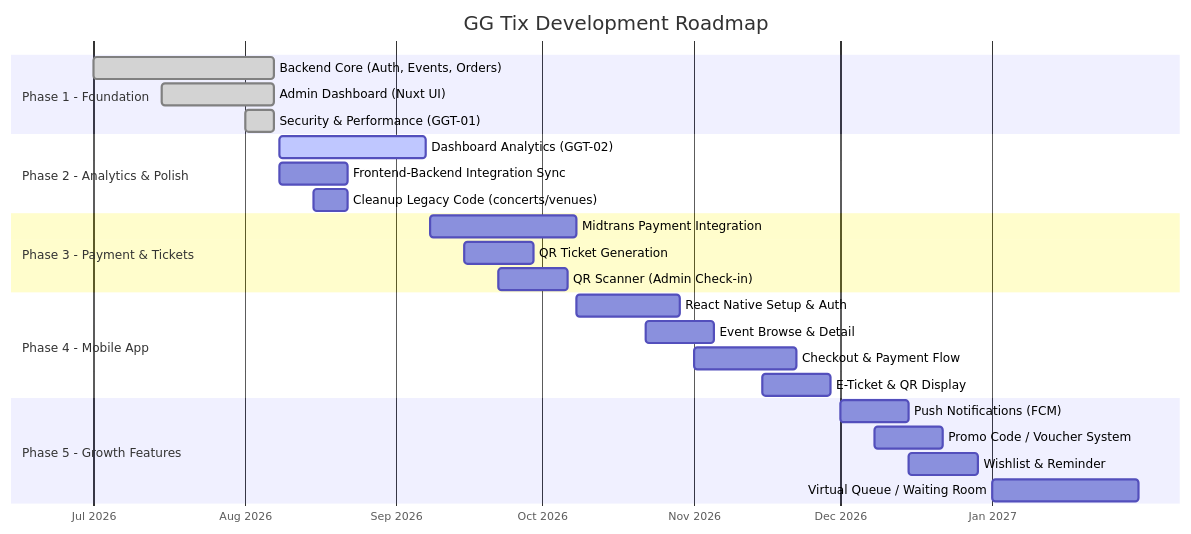
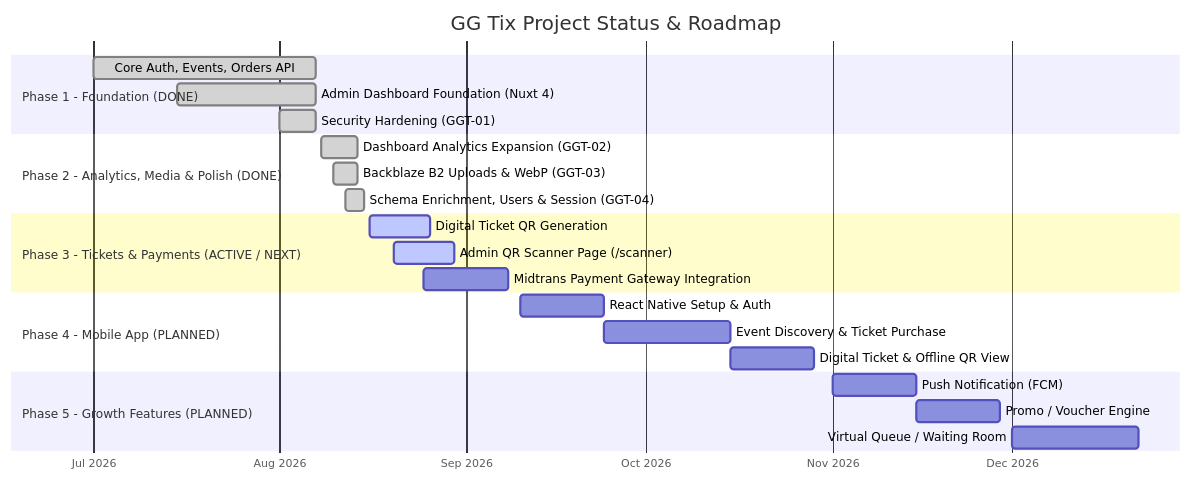
One commit to Artdi222/GG-Tix changed the seventh of 7 diagrams in prd/GG Tix - Dokumen Konsep Lengkap.md. Above: the diagram before and after it, drawn with Mermaid. The commit also changed other lines of this file and 12 other files, not shown here.

````diff
--- a/prd/GG Tix - Dokumen Konsep Lengkap.md
+++ b/prd/GG Tix - Dokumen Konsep Lengkap.md
@@ -740,33 +601,31 @@
 ```mermaid
 gantt
-    title GG Tix Development Roadmap
+    title GG Tix Project Status & Roadmap
     dateFormat  YYYY-MM-DD
     axisFormat  %b %Y
 
-    section Phase 1 - Foundation
-    Backend Core (Auth, Events, Orders)       :done, p1a, 2026-07-01, 2026-08-07
-    Admin Dashboard (Nuxt UI)                 :done, p1b, 2026-07-15, 2026-08-07
-    Security & Performance (GGT-01)           :done, p1c, 2026-08-01, 2026-08-07
+    section Phase 1 - Foundation (DONE)
+    Core Auth, Events, Orders API             :done, p1a, 2026-07-01, 2026-08-07
+    Admin Dashboard Foundation (Nuxt 4)       :done, p1b, 2026-07-15, 2026-08-07
+    Security Hardening (GGT-01)               :done, p1c, 2026-08-01, 2026-08-07
 
-    section Phase 2 - Analytics & Polish
-    Dashboard Analytics (GGT-02)              :active, p2a, 2026-08-08, 30d
-    Frontend-Backend Integration Sync         :p2b, 2026-08-08, 14d
-    Cleanup Legacy Code (concerts/venues)     :p2c, 2026-08-15, 7d
+    section Phase 2 - Analytics, Media & Polish (DONE)
+    Dashboard Analytics Expansion (GGT-02)    :done, p2a, 2026-08-08, 2026-08-14
+    Backblaze B2 Uploads & WebP (GGT-03)      :done, p2b, 2026-08-10, 2026-08-14
+    Schema Enrichment, Users & Session (GGT-04):done, p2c, 2026-08-12, 2026-08-15
 
-    section Phase 3 - Payment & Tickets
-    Midtrans Payment Integration              :p3a, 2026-09-08, 30d
-    QR Ticket Generation                      :p3b, 2026-09-15, 14d
-    QR Scanner (Admin Check-in)               :p3c, 2026-09-22, 14d
+    section Phase 3 - Tickets & Payments (ACTIVE / NEXT)
+    Digital Ticket QR Generation              :active, p3a, 2026-08-16, 10d
+    Admin QR Scanner Page (/scanner)          :active, p3b, 2026-08-20, 10d
+    Midtrans Payment Gateway Integration      :p3c, 2026-08-25, 14d
 
-    section Phase 4 - Mobile App
-    React Native Setup & Auth                 :p4a, 2026-10-08, 21d
-    Event Browse & Detail                     :p4b, 2026-10-22, 14d
-    Checkout & Payment Flow                   :p4c, 2026-11-01, 21d
-    E-Ticket & QR Display                     :p4d, 2026-11-15, 14d
+    section Phase 4 - Mobile App (PLANNED)
+    React Native Setup & Auth                 :p4a, 2026-09-10, 14d
+    Event Discovery & Ticket Purchase         :p4b, 2026-09-24, 21d
+    Digital Ticket & Offline QR View          :p4c, 2026-10-15, 14d
 
-    section Phase 5 - Growth Features
-    Push Notifications (FCM)                  :p5a, 2026-12-01, 14d
-    Promo Code / Voucher System               :p5b, 2026-12-08, 14d
-    Wishlist & Reminder                       :p5c, 2026-12-15, 14d
-    Virtual Queue / Waiting Room              :p5d, 2027-01-01, 30d
+    section Phase 5 - Growth Features (PLANNED)
+    Push Notification (FCM)                   :p5a, 2026-11-01, 14d
+    Promo / Voucher Engine                    :p5b, 2026-11-15, 14d
+    Virtual Queue / Waiting Room              :p5c, 2026-12-01, 21d
 ```
````
